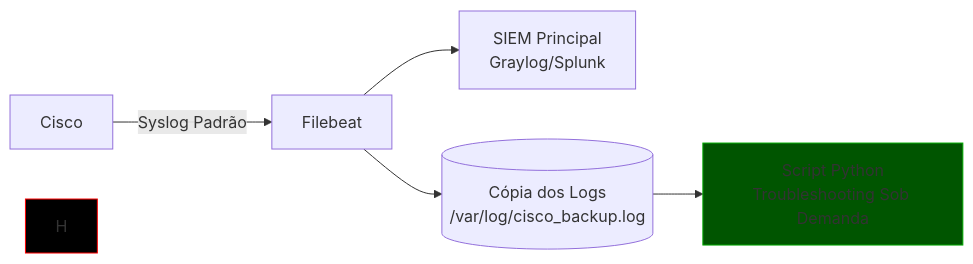
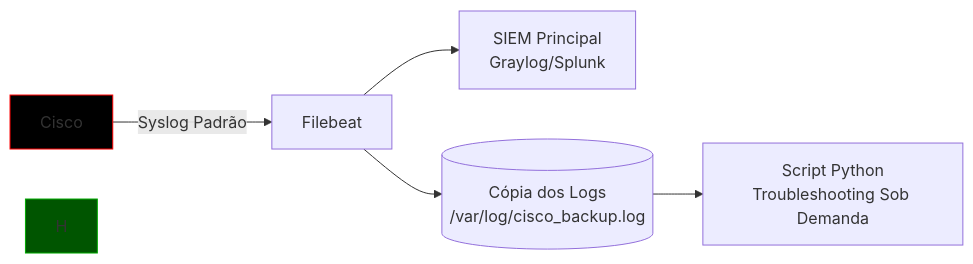
Before and after one commit to alcancil/Cisco: the third of 3 diagrams in CCNP 350-401 ENCOR/06 - Automation/17- Python - Basico 12 - Logging/README.md, drawn with Mermaid.

Commit message:
Alterado o arquivo README.md

````diff
--- a/CCNP 350-401 ENCOR/06 - Automation/17- Python - Basico 12 - Logging/README.md
+++ b/CCNP 350-401 ENCOR/06 - Automation/17- Python - Basico 12 - Logging/README.md
@@ -1846,11 +1846,11 @@
 ```mermaid
 flowchart LR
     A[Cisco] -->|Syslog Padrão| B[Filebeat]
     B --> C[SIEM Principal<br>Graylog/Splunk]
     B --> D[(Cópia dos Logs<br>/var/log/cisco_backup.log)]
     D --> E[Script Python<br>Troubleshooting Sob Demanda]
 
-    style E fill:#005500,stroke:#00AA00,color:#FFFFFF  # INFO
-    style H fill:#000000,stroke:#ff0000,color:#FFFFFF  # CRITICAL
+    style H fill:#005500,stroke:#00AA00,color:#FFFFFF  # INFO
+    style A fill:#000000,stroke:#ff0000,color:#FFFFFF  # CRITICAL
     
 ```
````
